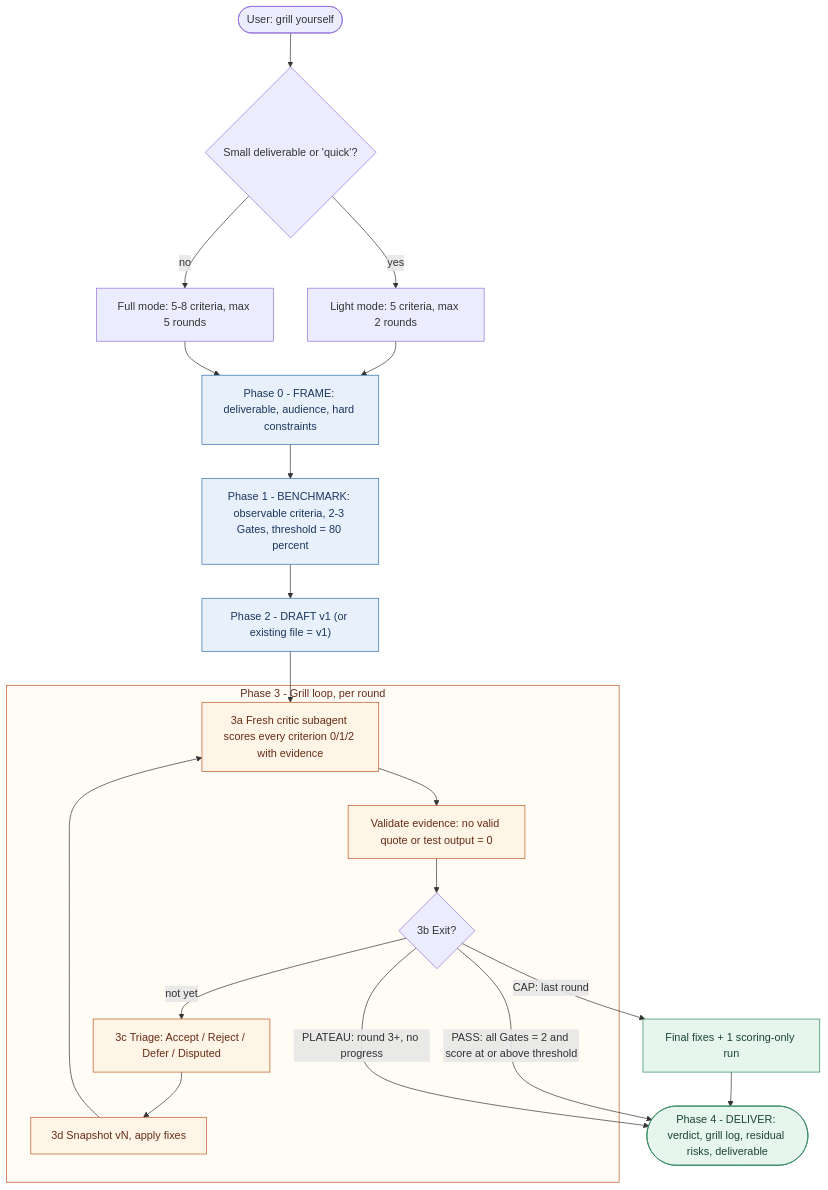
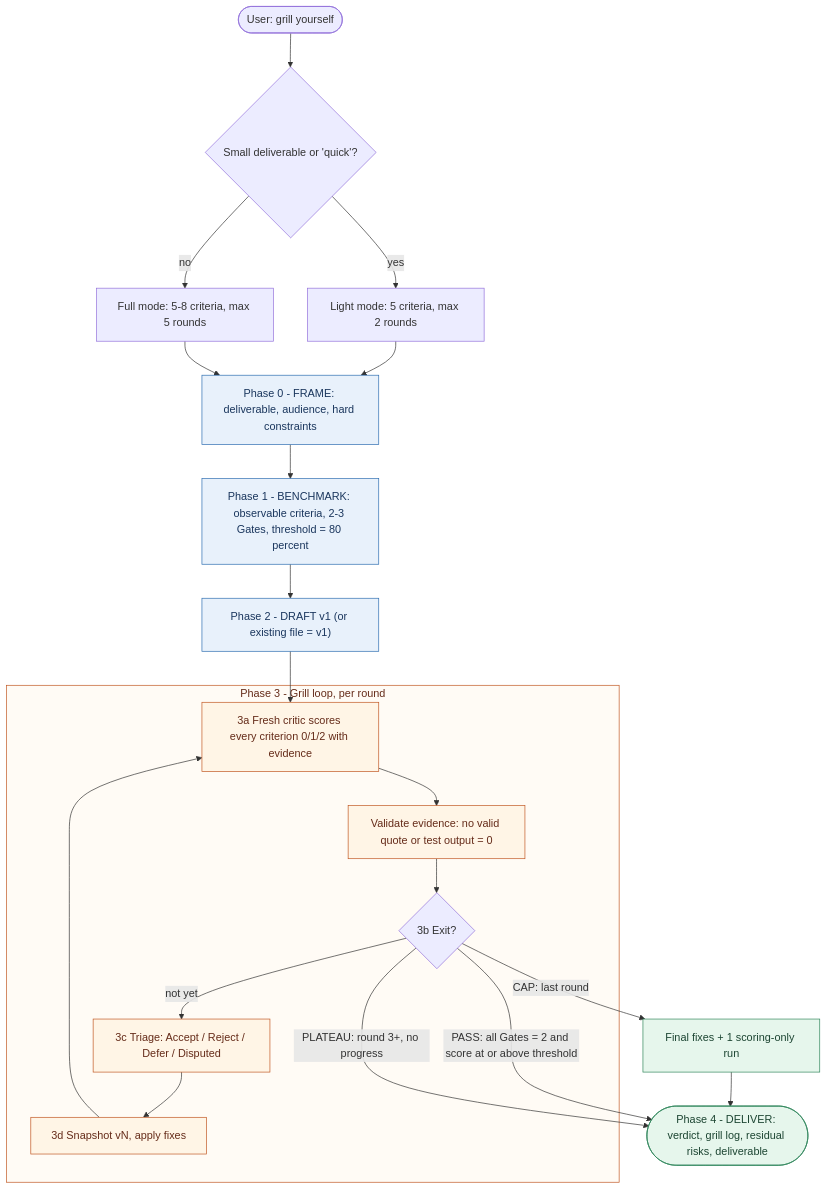
Before and after one commit to nills-p/grill-myself-skill: the diagram in docs/diagrams/flow.mmd, drawn with Mermaid. The commit also changed 15 other files, not shown here.

```diff
--- a/docs/diagrams/flow.mmd
+++ b/docs/diagrams/flow.mmd
@@ -1,32 +1,32 @@
 graph TD
     START(["User: grill yourself"]) --> SIZE{"Small deliverable or 'quick'?"}
     SIZE -->|yes| LIGHT["Light mode: 5 criteria, max 2 rounds"]
     SIZE -->|no| FULL["Full mode: 5-8 criteria, max 5 rounds"]
     LIGHT --> P0
     FULL --> P0
 
     P0["Phase 0 - FRAME: deliverable, audience, hard constraints"] --> P1
     P1["Phase 1 - BENCHMARK: observable criteria, 2-3 Gates, threshold = 80 percent"] --> P2
     P2["Phase 2 - DRAFT v1 (or existing file = v1)"] --> C
 
     subgraph LOOP ["Phase 3 - Grill loop, per round"]
-        C["3a Fresh critic subagent scores every criterion 0/1/2 with evidence"] --> V["Validate evidence: no valid quote or test output = 0"]
+        C["3a Fresh critic scores every criterion 0/1/2 with evidence"] --> V["Validate evidence: no valid quote or test output = 0"]
         V --> X{"3b Exit?"}
         X -->|not yet| T["3c Triage: Accept / Reject / Defer / Disputed"]
         T --> R["3d Snapshot vN, apply fixes"]
         R --> C
     end
 
     X -->|"PASS: all Gates = 2 and score at or above threshold"| D
     X -->|"PLATEAU: round 3+, no progress"| D
     X -->|"CAP: last round"| F["Final fixes + 1 scoring-only run"]
     F --> D
     D(["Phase 4 - DELIVER: verdict, grill log, residual risks, deliverable"])
 
     classDef phase fill:#E8F1FB,stroke:#2B6CB0,color:#1A365D
     classDef loop fill:#FFF5E6,stroke:#C05621,color:#652B19
     classDef exit fill:#E6F6EC,stroke:#2F855A,color:#1C4532
     class P0,P1,P2 phase
     class C,V,T,R loop
     class D,F exit
     style LOOP fill:#FFFBF5,stroke:#C05621,color:#652B19
```
